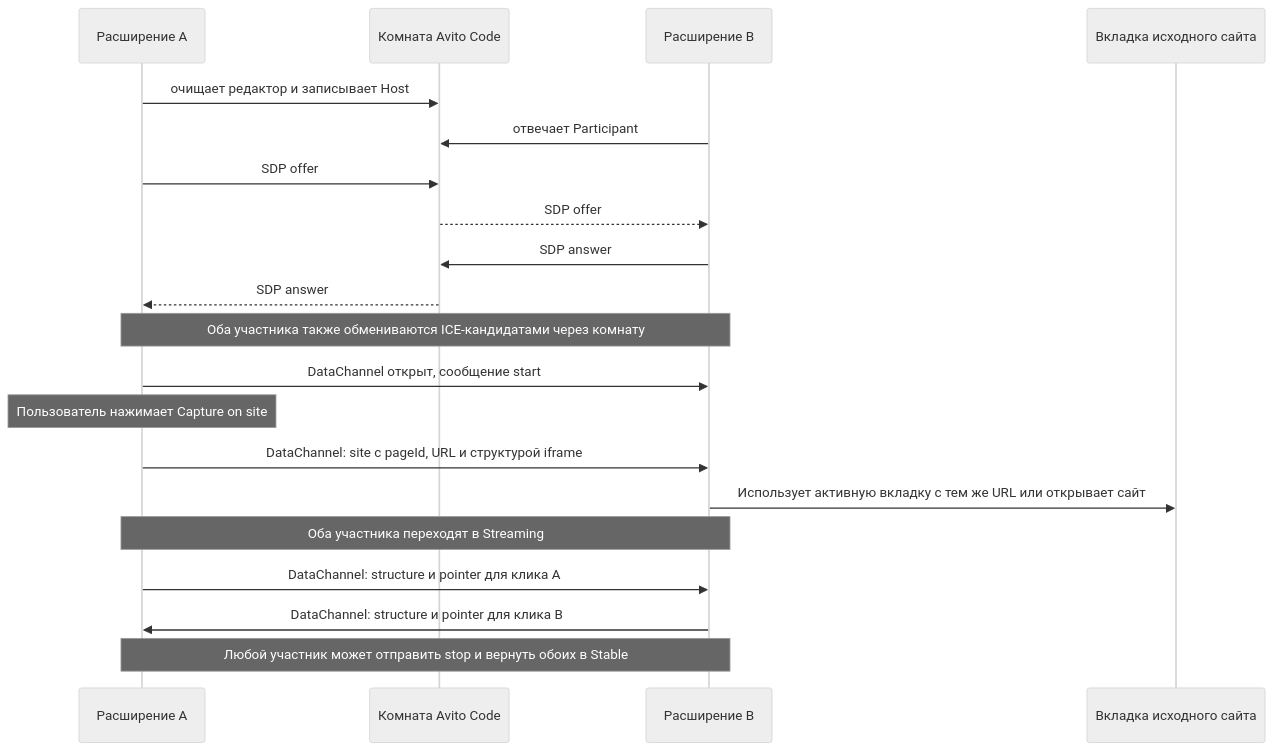
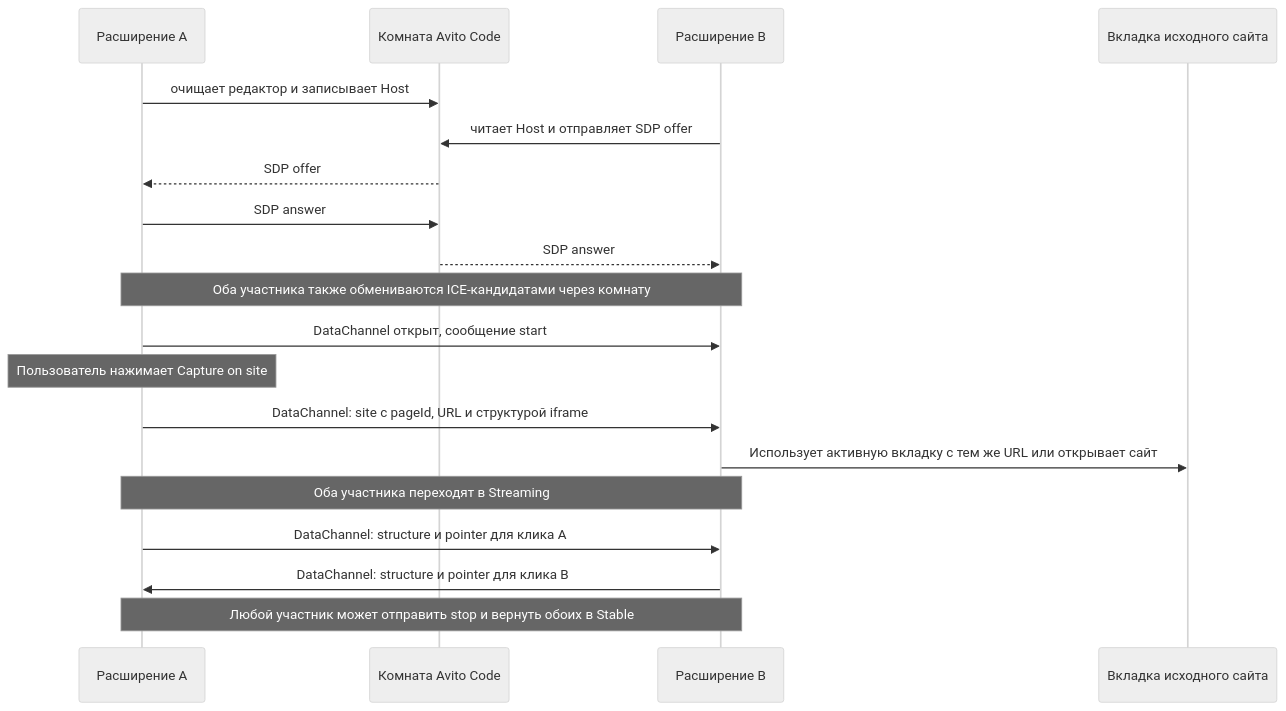
The diagram in README.md (MrPaperMoon/ScriptCapture), drawn with Mermaid (neutral theme) before and after one commit. The commit also changed other lines of this file and 20 other files, not shown here.

````diff
--- a/README.md
+++ b/README.md
@@ -14,23 +14,22 @@
 ```mermaid
 sequenceDiagram
     participant A as Расширение A
     participant R as Комната Avito Code
     participant B as Расширение B
     participant V as Вкладка исходного сайта
 
     A->>R: очищает редактор и записывает Host
-    B->>R: отвечает Participant
-    A->>R: SDP offer
-    R-->>B: SDP offer
-    B->>R: SDP answer
-    R-->>A: SDP answer
+    B->>R: читает Host и отправляет SDP offer
+    R-->>A: SDP offer
+    A->>R: SDP answer
+    R-->>B: SDP answer
     Note over A,B: Оба участника также обмениваются ICE-кандидатами через комнату
     A->>B: DataChannel открыт, сообщение start
     Note over A: Пользователь нажимает Capture on site
     A->>B: DataChannel: site с pageId, URL и структурой iframe
     B->>V: Использует активную вкладку с тем же URL или открывает сайт
     Note over A,B: Оба участника переходят в Streaming
     A->>B: DataChannel: structure и pointer для клика A
     B->>A: DataChannel: structure и pointer для клика B
     Note over A,B: Любой участник может отправить stop и вернуть обоих в Stable
 ```
````
